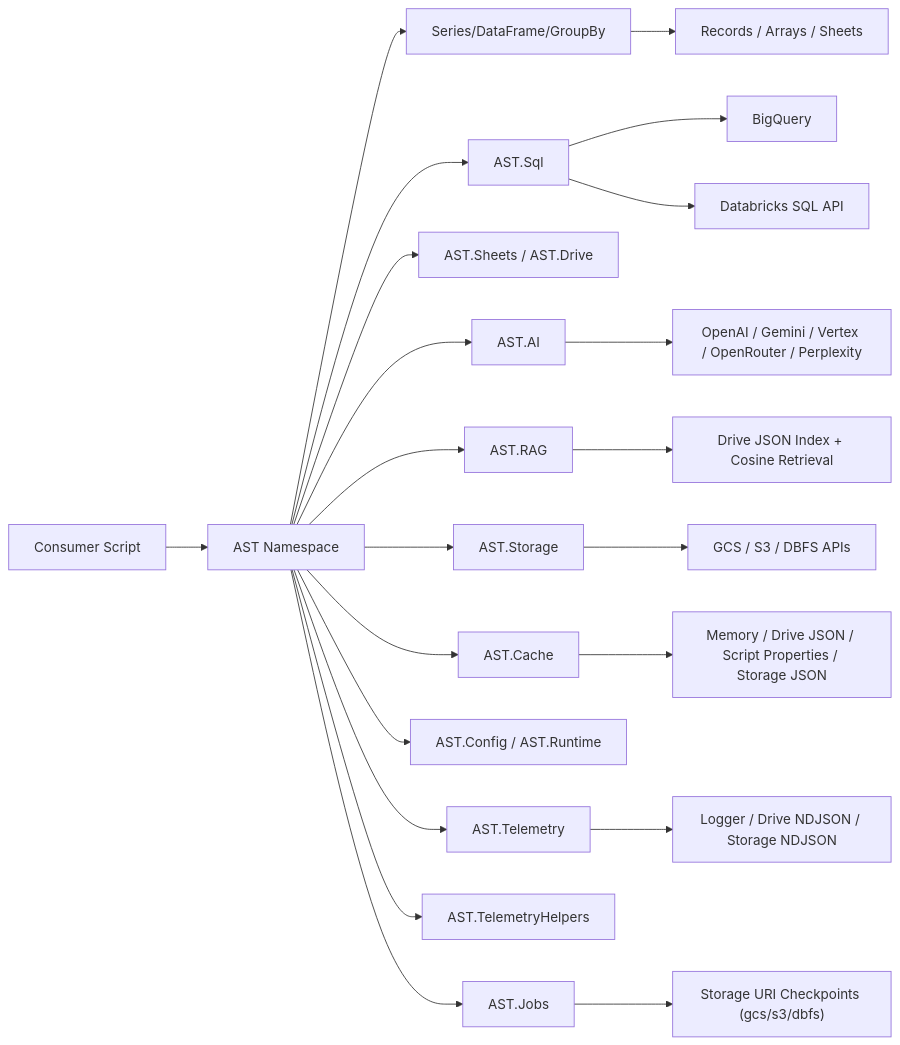
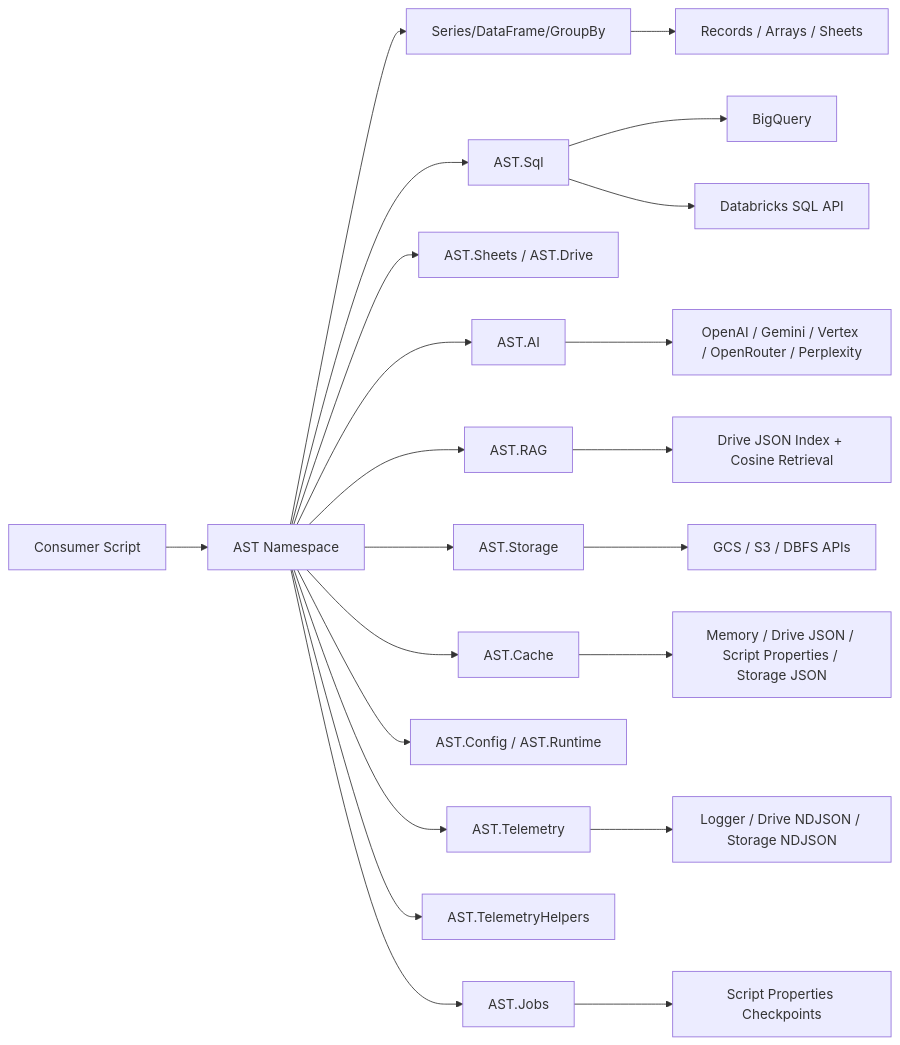
One commit to joe-broadhead/apps-script-tools changed the diagram in docs/index.md. Above: the diagram before and after it, drawn with Mermaid. The commit also changed other lines of this file and 3 other files, not shown here.

````diff
--- a/docs/index.md
+++ b/docs/index.md
@@ -34,24 +34,24 @@
 ```mermaid
 flowchart LR
     A[Consumer Script] --> B[AST Namespace]
     B --> C[Series/DataFrame/GroupBy]
     B --> D[AST.Sql]
     B --> E[AST.Sheets / AST.Drive]
     B --> I[AST.AI]
     B --> K[AST.RAG]
     B --> M[AST.Storage]
     B --> Q[AST.Cache]
     B --> S[AST.Config / AST.Runtime]
     B --> O[AST.Telemetry]
     B --> V[AST.TelemetryHelpers]
     B --> T[AST.Jobs]
     D --> F[BigQuery]
     D --> G[Databricks SQL API]
     I --> J[OpenAI / Gemini / Vertex / OpenRouter / Perplexity]
     K --> L[Drive JSON Index + Cosine Retrieval]
     M --> N[GCS / S3 / DBFS APIs]
     Q --> R["Memory / Drive JSON / Script Properties / Storage JSON"]
     O --> P[Logger / Drive NDJSON / Storage NDJSON]
-    T --> U["Storage URI Checkpoints (gcs/s3/dbfs)"]
+    T --> U["Script Properties Checkpoints"]
     C --> H[Records / Arrays / Sheets]
 ```
````
